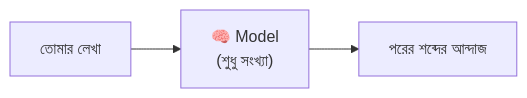
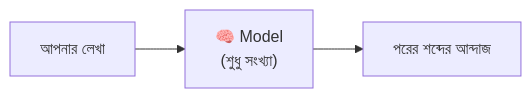
One commit to dhrupo/dictionary-of-ai-coding-bangla changed the first of 6 diagrams in dictionary/01-the-model.md. Above: the diagram before and after it, drawn with Mermaid. The commit also changed other lines of this file and 8 other files, not shown here.

````diff
--- a/dictionary/01-the-model.md
+++ b/dictionary/01-the-model.md
@@ -18,5 +17,5 @@
 ```mermaid
 flowchart LR
-    A["তোমার লেখা"] --> M["🧠 Model<br/>(শুধু সংখ্যা)"]
+    A["আপনার লেখা"] --> M["🧠 Model<br/>(শুধু সংখ্যা)"]
     M --> B["পরের শব্দের আন্দাজ"]
 ```
````
